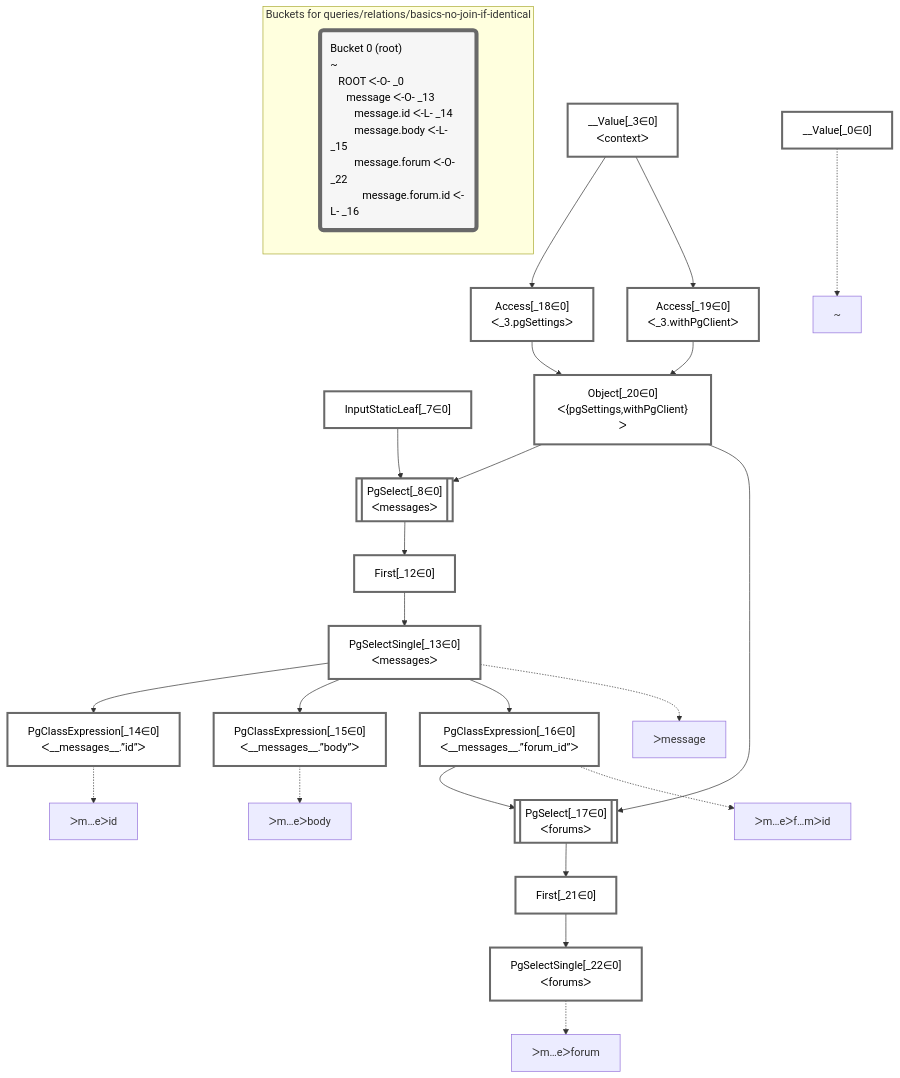
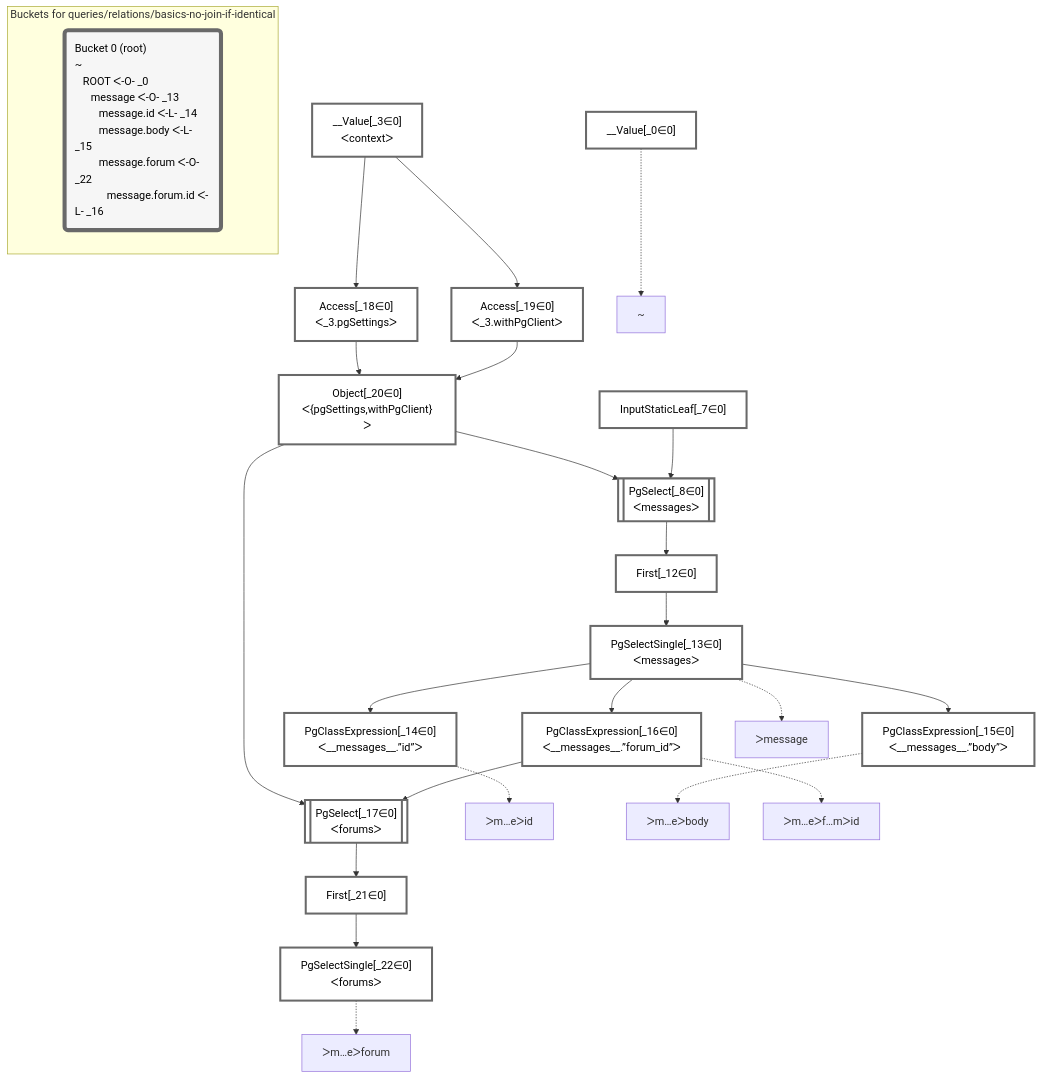
Before and after one commit to graphile/crystal: the diagram in packages/dataplan-pg/__tests__/queries/relations/basics-no-join-if-identical.deopt.mermaid.md, drawn with Mermaid. The commit also changed other lines of this file and 195 other files, not shown here.

````diff
--- a/packages/dataplan-pg/__tests__/queries/relations/basics-no-join-if-identical.deopt.mermaid.md
+++ b/packages/dataplan-pg/__tests__/queries/relations/basics-no-join-if-identical.deopt.mermaid.md
@@ -1,60 +1,60 @@
 ```mermaid
 graph TD
     classDef path fill:#eee,stroke:#000,color:#000
     classDef plan fill:#fff,stroke-width:3px,color:#000
     classDef itemplan fill:#fff,stroke-width:6px,color:#000
     classDef sideeffectplan fill:#f00,stroke-width:6px,color:#000
     classDef bucket fill:#f6f6f6,color:#000,stroke-width:6px,text-align:left
 
 
     %% define plans
     __Value_0["__Value[_0∈0]"]:::plan
+    PgClassExpression_14["PgClassExpression[_14∈0]<br />ᐸ__messages__.”id”ᐳ"]:::plan
+    PgClassExpression_15["PgClassExpression[_15∈0]<br />ᐸ__messages__.”body”ᐳ"]:::plan
+    PgSelectSingle_22["PgSelectSingle[_22∈0]<br />ᐸforumsᐳ"]:::plan
+    First_21["First[_21∈0]"]:::plan
+    PgSelect_17[["PgSelect[_17∈0]<br />ᐸforumsᐳ"]]:::plan
+    PgClassExpression_16["PgClassExpression[_16∈0]<br />ᐸ__messages__.”forum_id”ᐳ"]:::plan
+    PgSelectSingle_13["PgSelectSingle[_13∈0]<br />ᐸmessagesᐳ"]:::plan
+    First_12["First[_12∈0]"]:::plan
+    PgSelect_8[["PgSelect[_8∈0]<br />ᐸmessagesᐳ"]]:::plan
+    Object_20["Object[_20∈0]<br />ᐸ{pgSettings,withPgClient}ᐳ"]:::plan
+    Access_18["Access[_18∈0]<br />ᐸ_3.pgSettingsᐳ"]:::plan
+    Access_19["Access[_19∈0]<br />ᐸ_3.withPgClientᐳ"]:::plan
     __Value_3["__Value[_3∈0]<br />ᐸcontextᐳ"]:::plan
     InputStaticLeaf_7["InputStaticLeaf[_7∈0]"]:::plan
-    PgSelect_8[["PgSelect[_8∈0]<br />ᐸmessagesᐳ"]]:::plan
-    First_12["First[_12∈0]"]:::plan
-    PgSelectSingle_13["PgSelectSingle[_13∈0]<br />ᐸmessagesᐳ"]:::plan
-    PgClassExpression_14["PgClassExpression[_14∈0]<br />ᐸ__messages__.”id”ᐳ"]:::plan
-    PgClassExpression_15["PgClassExpression[_15∈0]<br />ᐸ__messages__.”body”ᐳ"]:::plan
-    PgClassExpression_16["PgClassExpression[_16∈0]<br />ᐸ__messages__.”forum_id”ᐳ"]:::plan
-    PgSelect_17[["PgSelect[_17∈0]<br />ᐸforumsᐳ"]]:::plan
-    Access_18["Access[_18∈0]<br />ᐸ_3.pgSettingsᐳ"]:::plan
-    Access_19["Access[_19∈0]<br />ᐸ_3.withPgClientᐳ"]:::plan
-    Object_20["Object[_20∈0]<br />ᐸ{pgSettings,withPgClient}ᐳ"]:::plan
-    First_21["First[_21∈0]"]:::plan
-    PgSelectSingle_22["PgSelectSingle[_22∈0]<br />ᐸforumsᐳ"]:::plan
 
     %% plan dependencies
-    Object_20 & InputStaticLeaf_7 --> PgSelect_8
-    PgSelect_8 --> First_12
-    First_12 --> PgSelectSingle_13
     PgSelectSingle_13 --> PgClassExpression_14
     PgSelectSingle_13 --> PgClassExpression_15
+    First_21 --> PgSelectSingle_22
+    PgSelect_17 --> First_21
+    Object_20 & PgClassExpression_16 --> PgSelect_17
     PgSelectSingle_13 --> PgClassExpression_16
-    Object_20 & PgClassExpression_16 --> PgSelect_17
+    First_12 --> PgSelectSingle_13
+    PgSelect_8 --> First_12
+    Object_20 & InputStaticLeaf_7 --> PgSelect_8
+    Access_18 & Access_19 --> Object_20
     __Value_3 --> Access_18
     __Value_3 --> Access_19
-    Access_18 & Access_19 --> Object_20
-    PgSelect_17 --> First_21
-    First_21 --> PgSelectSingle_22
 
     %% plan-to-path relationships
     P_0["~"]
     __Value_0 -.-> P_0
     P_13["ᐳmessage"]
     PgSelectSingle_13 -.-> P_13
     P_14["ᐳm…eᐳid"]
     PgClassExpression_14 -.-> P_14
     P_15["ᐳm…eᐳbody"]
     PgClassExpression_15 -.-> P_15
     P_16["ᐳm…eᐳf…mᐳid"]
     PgClassExpression_16 -.-> P_16
     P_22["ᐳm…eᐳforum"]
     PgSelectSingle_22 -.-> P_22
 
     subgraph "Buckets for queries/relations/basics-no-join-if-identical"
     Bucket0("Bucket 0 (root)<br />~<br />⠀ROOT ᐸ-O- _0<br />⠀⠀message ᐸ-O- _13<br />⠀⠀⠀message.id ᐸ-L- _14<br />⠀⠀⠀message.body ᐸ-L- _15<br />⠀⠀⠀message.forum ᐸ-O- _22<br />⠀⠀⠀⠀message.forum.id ᐸ-L- _16"):::bucket
     classDef bucket0 stroke:#696969
     class Bucket0,__Value_0,__Value_3,InputStaticLeaf_7,PgSelect_8,First_12,PgSelectSingle_13,PgClassExpression_14,PgClassExpression_15,PgClassExpression_16,PgSelect_17,Access_18,Access_19,Object_20,First_21,PgSelectSingle_22 bucket0
     end
 ```
````
